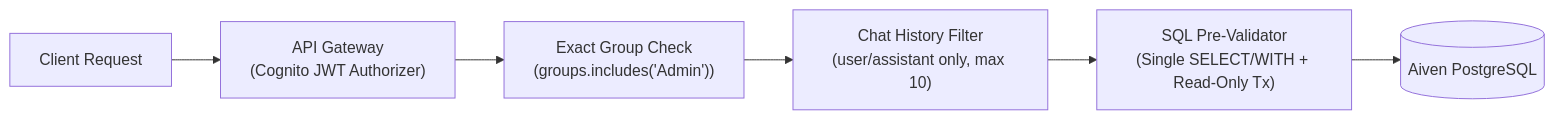
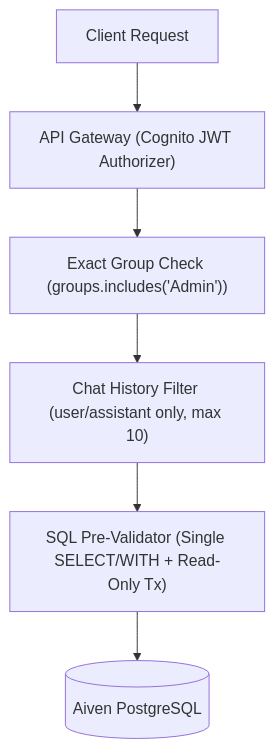
The diagram in docs/security_fixes.md (venkatesh-singamsetty/cricscore), drawn with Mermaid before and after one commit. The commit also changed other lines of this file and 43 other files, not shown here.

````diff
--- a/docs/security_fixes.md
+++ b/docs/security_fixes.md
@@ -9,8 +9,8 @@
 ```mermaid
-flowchart LR
-    Client["Client Request"] --> APIGW["API Gateway\n(Cognito JWT Authorizer)"]
-    APIGW --> AuthCheck["Exact Group Check\n(groups.includes('Admin'))"]
-    AuthCheck --> ChatGuard["Chat History Filter\n(user/assistant only, max 10)"]
-    ChatGuard --> SQLGuard["SQL Pre-Validator\n(Single SELECT/WITH + Read-Only Tx)"]
+flowchart TD
+    Client["Client Request"] --> APIGW["API Gateway (Cognito JWT Authorizer)"]
+    APIGW --> AuthCheck["Exact Group Check (groups.includes('Admin'))"]
+    AuthCheck --> ChatGuard["Chat History Filter (user/assistant only, max 10)"]
+    ChatGuard --> SQLGuard["SQL Pre-Validator (Single SELECT/WITH + Read-Only Tx)"]
     SQLGuard --> DB[("Aiven PostgreSQL")]
 ```
````
